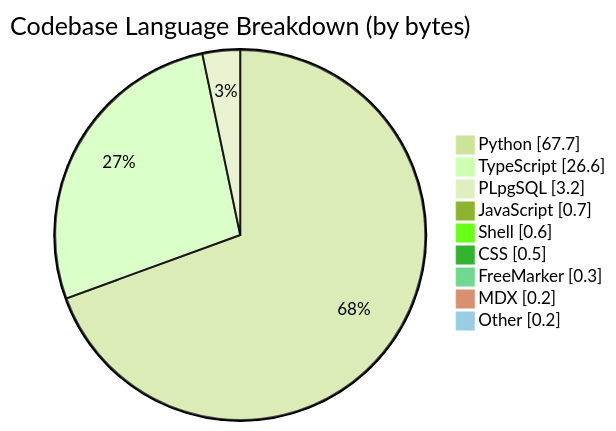
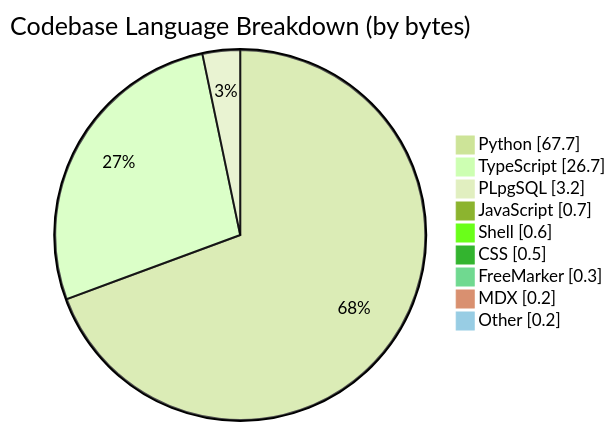
The third of 4 diagrams in profile/README.md (CSTH-Projects/.github), drawn with Mermaid (forest theme) before and after one commit. The commit also changed other lines of this file, not shown here.

````diff
--- a/profile/README.md
+++ b/profile/README.md
@@ -63,13 +63,13 @@
 ```mermaid
 pie showData
     title Codebase Language Breakdown (by bytes)
     "Python" : 67.7
-    "TypeScript" : 26.6
+    "TypeScript" : 26.7
     "PLpgSQL" : 3.2
     "JavaScript" : 0.7
     "Shell" : 0.6
     "CSS" : 0.5
     "FreeMarker" : 0.3
     "MDX" : 0.2
     "Other" : 0.2
 ```
````
